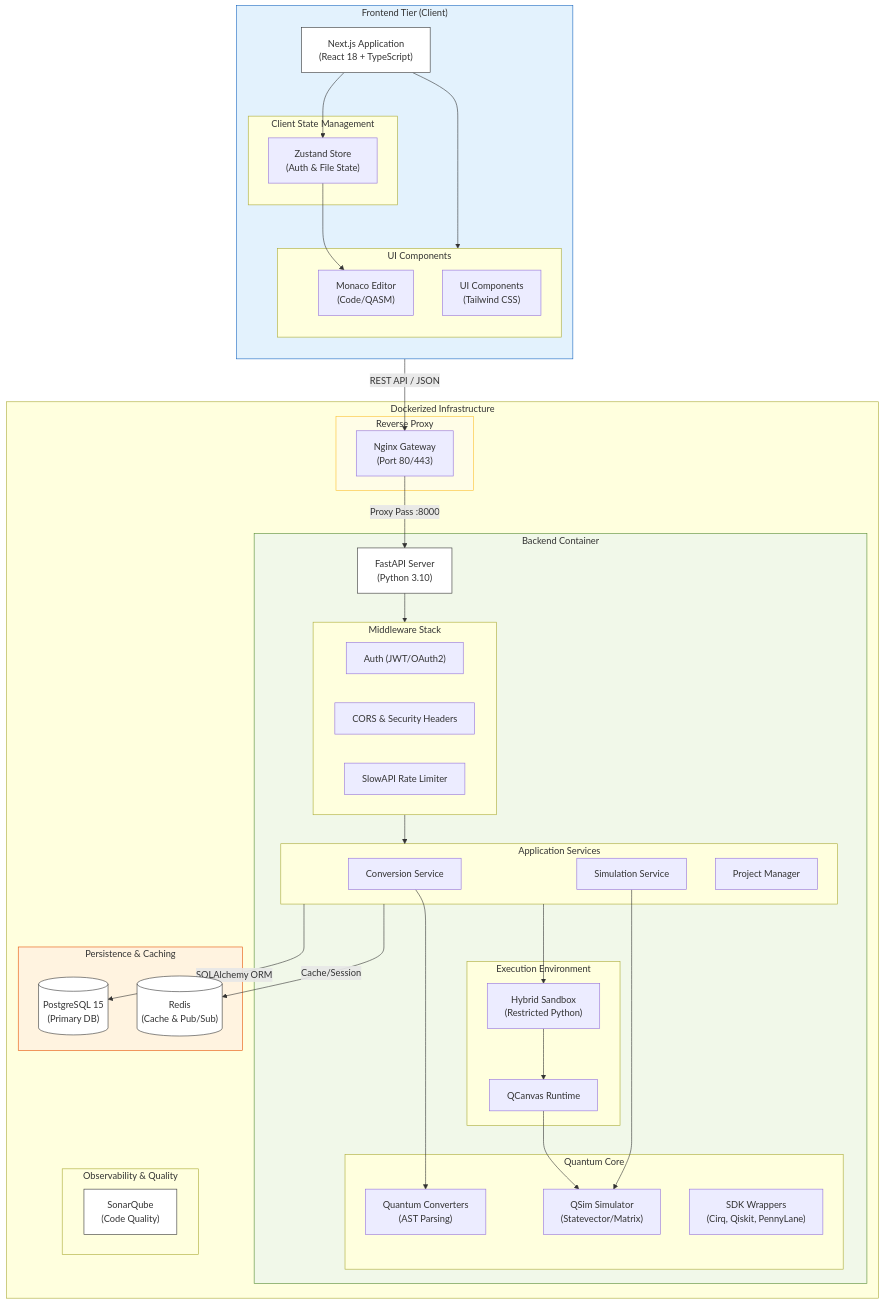
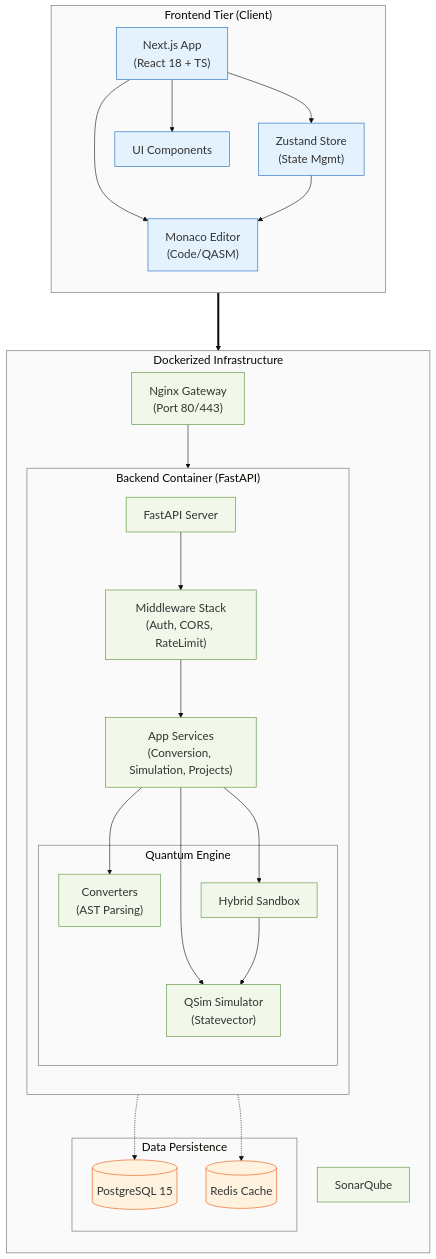
The diagram in docs/diagrams/Sprint-2-Diagrams/Code/system_architecture.mmd (irtaza-khan/QCanvas), drawn with Mermaid before and after one commit. The commit also changed 4 other files, not shown here.

Commit message:
Updated Diagrams

```diff
--- a/docs/diagrams/Sprint-2-Diagrams/Code/system_architecture.mmd
+++ b/docs/diagrams/Sprint-2-Diagrams/Code/system_architecture.mmd
@@ -1,88 +1,59 @@
+%%{init: {'theme': 'base', 'themeVariables': { 'fontSize': '20px', 'fontFamily': 'arial', 'clusterBkg': '#fafafa', 'clusterBorder': '#666'}}}%%
+flowchart TB
+    %% Styling Definitions
+    classDef container fill:#fff,stroke:#333,stroke-width:2px;
+    classDef component fill:#e3f2fd,stroke:#1565c0,stroke-width:1px;
+    classDef infra fill:#f1f8e9,stroke:#558b2f,stroke-width:1px;
+    classDef data fill:#fff3e0,stroke:#e65100,stroke-width:1px;
 
-graph TB
     subgraph Frontend_Tier ["Frontend Tier (Client)"]
         direction TB
-        NextJS["Next.js Application\n(React 18 + TypeScript)"]
-        
-        subgraph Client_State ["Client State Management"]
-            Zustand["Zustand Store\n(Auth & File State)"]
-        end
-        
-        subgraph UI_Components ["UI Components"]
-            Monaco["Monaco Editor\n(Code/QASM)"]
-            Shadcn["UI Components\n(Tailwind CSS)"]
-        end
+        NextJS["Next.js App\n(React 18 + TS)"]:::component
+        Zustand["Zustand Store\n(State Mgmt)"]:::component
+        Monaco["Monaco Editor\n(Code/QASM)"]:::component
         
         NextJS --> Zustand
-        NextJS --> UI_Components
+        NextJS --> Monaco & Shadcn["UI Components"]:::component
         Zustand --> Monaco
     end
 
     subgraph Infrastructure_Tier ["Dockerized Infrastructure"]
+        direction TB
+        NGINX["Nginx Gateway\n(Port 80/443)"]:::infra
         
-        subgraph Ingress ["Reverse Proxy"]
-            NGINX["Nginx Gateway\n(Port 80/443)"]
+        subgraph Backend ["Backend Container (FastAPI)"]
+            direction TB
+            FastAPI["FastAPI Server"]:::infra
+            
+            %% Flattened Internal Logic for Compactness
+            Middleware["Middleware Stack\n(Auth, CORS, RateLimit)"]:::infra
+            Services["App Services\n(Conversion, Simulation, Projects)"]:::infra
+            
+            subgraph Engine ["Quantum Engine"]
+                Converters["Converters\n(AST Parsing)"]:::infra
+                QSim["QSim Simulator\n(Statevector)"]:::infra
+                Sandbox["Hybrid Sandbox"]:::infra
+            end
+            
+            FastAPI --> Middleware --> Services
+            Services --> Converters
+            Services --> QSim
+            Services --> Sandbox --> QSim
         end
         
-        subgraph App_Container ["Backend Container"]
-            FastAPI["FastAPI Server\n(Python 3.10)"]
-            
-            subgraph Middleware_Stack ["Middleware Stack"]
-                AuthMW["Auth (JWT/OAuth2)"]
-                CorsMW["CORS & Security Headers"]
-                RateLimit["SlowAPI Rate Limiter"]
-            end
-            
-            subgraph Service_Layer ["Application Services"]
-                ConvSvc["Conversion Service"]
-                SimSvc["Simulation Service"]
-                ProjSvc["Project Manager"]
-            end
-            
-            subgraph Runtime_Env ["Execution Environment"]
-                Sandbox["Hybrid Sandbox\n(Restricted Python)"]
-                QRuntime["QCanvas Runtime"]
-            end
-            
-            subgraph Core_Libs ["Quantum Core"]
-                Converters["Quantum Converters\n(AST Parsing)"]
-                QSim["QSim Simulator\n(Statevector/Matrix)"]
-                SDKs["SDK Wrappers\n(Cirq, Qiskit, PennyLane)"]
-            end
-            
-            FastAPI --> Middleware_Stack
-            Middleware_Stack --> Service_Layer
-            
-            ConvSvc --> Converters
-            SimSvc --> QSim
-            
-            Service_Layer --> Sandbox
-            Sandbox --> QRuntime
-            QRuntime --> QSim
+        subgraph Data_Tier ["Data Persistence"]
+            Postgres[("PostgreSQL 15")]:::data
+            Redis[("Redis Cache")]:::data
         end
         
-        subgraph Data_Tier ["Persistence & Caching"]
-            Postgres[("PostgreSQL 15\n(Primary DB)")]
-            Redis[("Redis\n(Cache & Pub/Sub)")]
-        end
-        
-        subgraph DevOps ["Observability & Quality"]
-            SonarQube["SonarQube\n(Code Quality)"]
-        end
+        SonarQube["SonarQube"]:::infra
     end
 
-    %% Network Flows
-    NextJS -- "REST API / JSON" --> NGINX
-    NGINX -- "Proxy Pass :8000" --> FastAPI
+    %% Optimized Connections
+    NextJS ===> NGINX
+    NGINX --> FastAPI
     
-    Service_Layer -- "SQLAlchemy ORM" --> Postgres
-    Service_Layer -- "Cache/Session" --> Redis
-    
-    %% Styles
-    style Frontend_Tier fill:#e3f2fd,stroke:#1565c0
-    style App_Container fill:#f1f8e9,stroke:#558b2f
-    style Data_Tier fill:#fff3e0,stroke:#e65100
-    style Ingress fill:#fffde7,stroke:#fbc02d
-    
-    classDef container fill:#ffffff,stroke:#333333;
-    class NextJS,FastAPI,Postgres,Redis,SonarQube container;
+    Services -.-> Postgres
+    Services -.-> Redis
+
+    %% Global Component Styles applied via classes above
```
